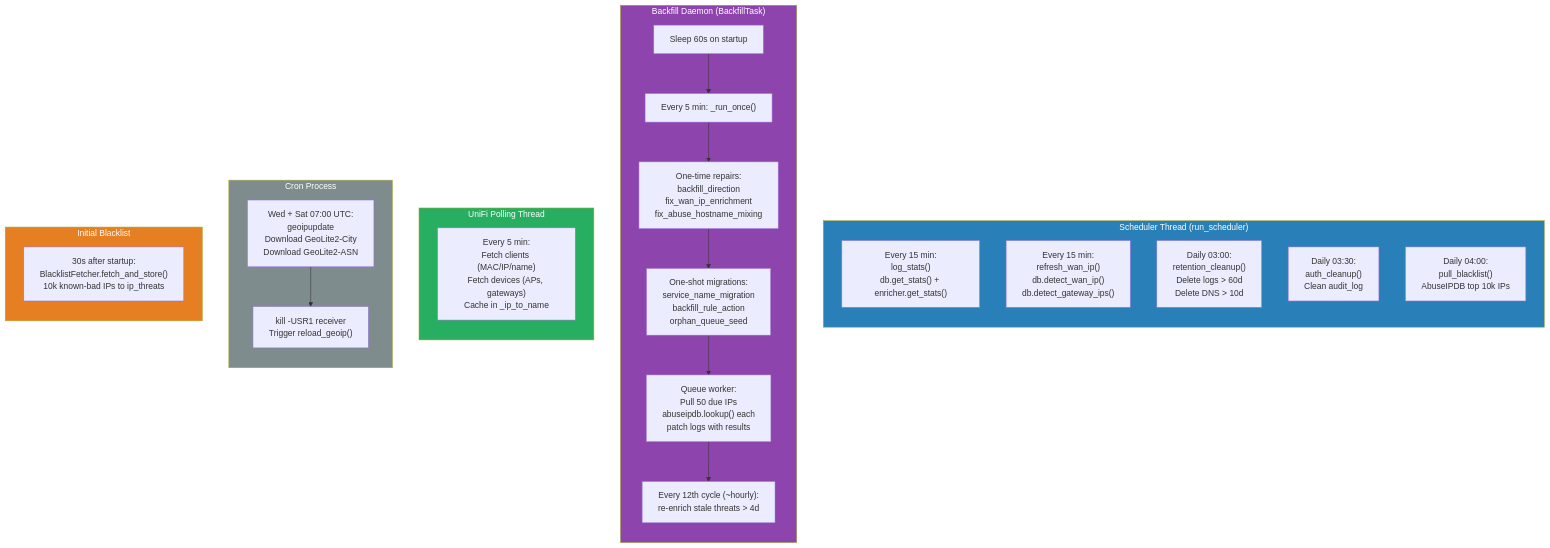
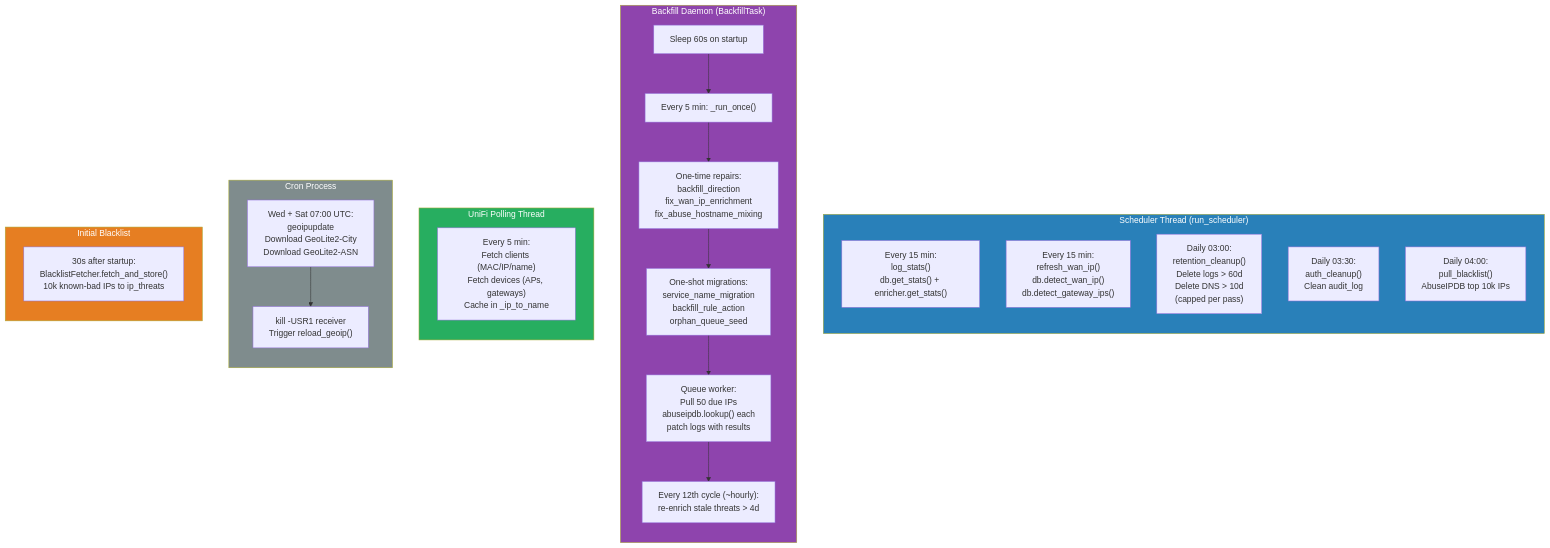
One commit to leto1210/Unifi-Log-Insights changed the fifth of 7 diagrams in docs/wiki/architecture.md. Above: the diagram before and after it, drawn with Mermaid. The commit also changed 10 other files, not shown here.

First line of the commit message:
fix(retention): cap rows deleted per pass and add manual ANALYZE (#92)

````diff
--- a/docs/wiki/architecture.md
+++ b/docs/wiki/architecture.md
@@ -185,43 +185,43 @@
 ```mermaid
 flowchart TD
     subgraph SCHEDULER["Scheduler Thread (run_scheduler)"]
         direction TB
         S1["Every 15 min:<br>log_stats()<br>db.get_stats() + enricher.get_stats()"]
         S2["Every 15 min:<br>refresh_wan_ip()<br>db.detect_wan_ip()<br>db.detect_gateway_ips()"]
-        S3["Daily 03:00:<br>retention_cleanup()<br>Delete logs > 60d<br>Delete DNS > 10d"]
+        S3["Daily 03:00:<br>retention_cleanup()<br>Delete logs > 60d<br>Delete DNS > 10d<br>(capped per pass)"]
         S4["Daily 03:30:<br>auth_cleanup()<br>Clean audit_log"]
         S5["Daily 04:00:<br>pull_blacklist()<br>AbuseIPDB top 10k IPs"]
     end
 
     subgraph BACKFILL["Backfill Daemon (BackfillTask)"]
         direction TB
         B0["Sleep 60s on startup"]
         B0 --> B1["Every 5 min: _run_once()"]
         B1 --> B2["One-time repairs:<br>backfill_direction<br>fix_wan_ip_enrichment<br>fix_abuse_hostname_mixing"]
         B2 --> B3["One-shot migrations:<br>service_name_migration<br>backfill_rule_action<br>orphan_queue_seed"]
         B3 --> B4["Queue worker:<br>Pull 50 due IPs<br>abuseipdb.lookup() each<br>patch logs with results"]
         B4 --> B5["Every 12th cycle (~hourly):<br>re-enrich stale threats > 4d"]
     end
 
     subgraph UNIFI["UniFi Polling Thread"]
         direction TB
         U1["Every 5 min:<br>Fetch clients (MAC/IP/name)<br>Fetch devices (APs, gateways)<br>Cache in _ip_to_name"]
     end
 
     subgraph CRON["Cron Process"]
         direction TB
         C1["Wed + Sat 07:00 UTC:<br>geoipupdate<br>Download GeoLite2-City<br>Download GeoLite2-ASN"]
         C1 --> C2["kill -USR1 receiver<br>Trigger reload_geoip()"]
     end
 
     subgraph BLACKLIST_INIT["Initial Blacklist"]
         direction TB
         BL1["30s after startup:<br>BlacklistFetcher.fetch_and_store()<br>10k known-bad IPs to ip_threats"]
     end
 
     style SCHEDULER fill:#2980b9,color:#fff
     style BACKFILL fill:#8e44ad,color:#fff
     style UNIFI fill:#27ae60,color:#fff
     style CRON fill:#7f8c8d,color:#fff
     style BLACKLIST_INIT fill:#e67e22,color:#fff
 ```
````
